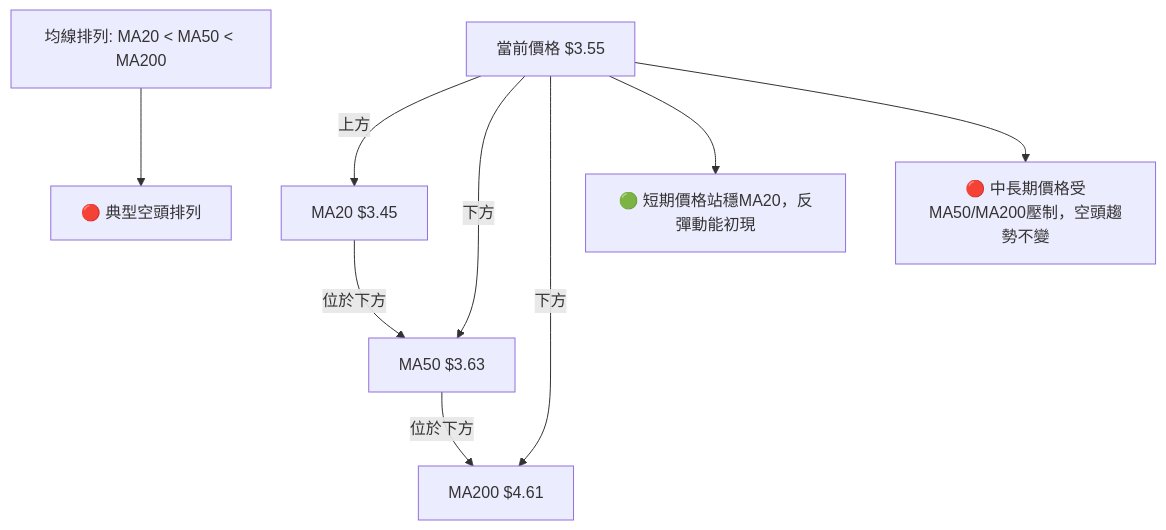
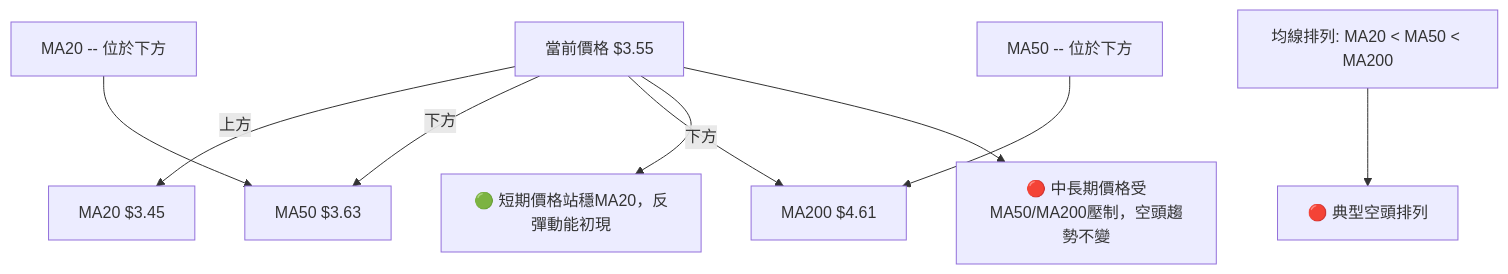
The seventh of 12 diagrams in ai_gen_report/stock/grab/technical_analysis_2026-06-28_gemini.md (yennanliu/finance_data), drawn with Mermaid before and after one commit. The commit also changed other lines of this file and 2258 other files, not shown here.

First line of the commit message:
chore: backfill Mermaid syntax repair across existing reports

````diff
--- a/ai_gen_report/stock/grab/technical_analysis_2026-06-28_gemini.md
+++ b/ai_gen_report/stock/grab/technical_analysis_2026-06-28_gemini.md
@@ -432,18 +432,18 @@
 ```mermaid
 graph TD
-    P[當前價格 $3.55]
-    MA20[MA20 $3.45]
-    MA50[MA50 $3.63]
-    MA200[MA200 $4.61]
+    P["當前價格 $3.55"]
+    MA20["MA20 $3.45"]
+    MA50["MA50 $3.63"]
+    MA200["MA200 $4.61"]
 
-    P -->|上方| MA20
-    P -->|下方| MA50
-    P -->|下方| MA200
+    P -->|"上方"| MA20
+    P -->|"下方"| MA50
+    P -->|"下方"| MA200
 
-    MA20 -- 位於下方 --> MA50
-    MA50 -- 位於下方 --> MA200
+    nb1["MA20 -- 位於下方"] --> MA50
+    nb2["MA50 -- 位於下方"] --> MA200
 
-    MA_ORDER[均線排列: MA20 < MA50 < MA200] --> BEARISH_ALIGNMENT[🔴 典型空頭排列]
-    P --> SHORT_TERM_BULL[🟢 短期價格站穩MA20，反彈動能初現]
-    P --> LONG_TERM_BEAR[🔴 中長期價格受MA50/MA200壓制，空頭趨勢不變]
+    MA_ORDER["均線排列: MA20 < MA50 < MA200"] --> BEARISH_ALIGNMENT["🔴 典型空頭排列"]
+    P --> SHORT_TERM_BULL["🟢 短期價格站穩MA20，反彈動能初現"]
+    P --> LONG_TERM_BEAR["🔴 中長期價格受MA50/MA200壓制，空頭趨勢不變"]
 ```
````
